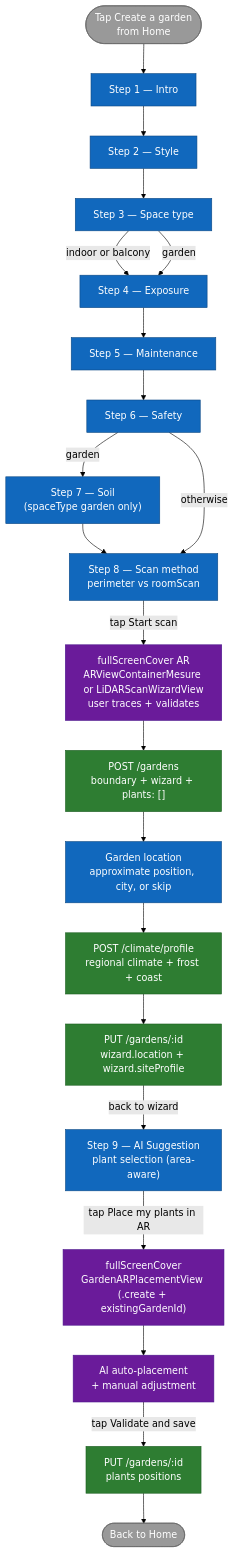
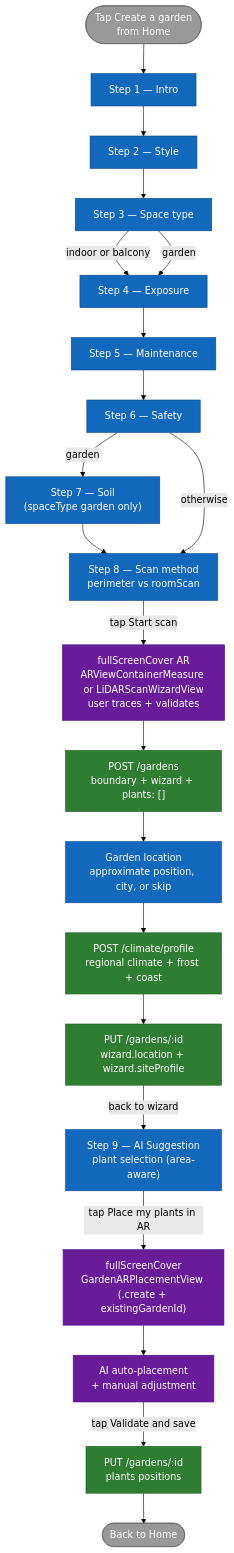
Before and after one commit to ArboreTeam/Arbore: the diagram in docs/en/flows/garden-creation.md, drawn with Mermaid (forest theme). The commit also changed other lines of this file and 13 other files, not shown here.

````diff
--- a/docs/en/flows/garden-creation.md
+++ b/docs/en/flows/garden-creation.md
@@ -13,52 +13,52 @@
 ```mermaid
 flowchart TB
     start_node([Tap Create a garden<br/>from Home])
 
     intro["Step 1 — Intro"]
     style_step["Step 2 — Style"]
     spaceType["Step 3 — Space type"]
     exposure["Step 4 — Exposure"]
     maintenance["Step 5 — Maintenance"]
     safety["Step 6 — Safety"]
     soil["Step 7 — Soil<br/>(spaceType garden only)"]
     scan["Step 8 — Scan method<br/>perimeter vs roomScan"]
 
-    trace_ar["fullScreenCover AR<br/>ARViewContainerMesure or LiDARScanWizardView<br/>user traces + validates"]
+    trace_ar["fullScreenCover AR<br/>ARViewContainerMeasure or LiDARScanWizardView<br/>user traces + validates"]
     post_garden["POST /gardens<br/>boundary + wizard + plants: []"]
     location["Garden location<br/>approximate position, city, or skip"]
     climate["POST /climate/profile<br/>regional climate + frost + coast"]
     update_garden["PUT /gardens/:id<br/>wizard.location + wizard.siteProfile"]
     ai["Step 9 — AI Suggestion<br/>plant selection (area-aware)"]
     placement["fullScreenCover<br/>GardenARPlacementView (.create + existingGardenId)"]
     auto_place["AI auto-placement<br/>+ manual adjustment"]
     put_garden["PUT /gardens/:id<br/>plants positions"]
 
     home([Back to Home])
 
     start_node --> intro --> style_step --> spaceType
     spaceType -->|indoor or balcony| exposure
     spaceType -->|garden| exposure
     exposure --> maintenance --> safety
     safety -->|garden| soil --> scan
     safety -->|otherwise| scan
 
     scan -->|tap Start scan| trace_ar
     trace_ar --> post_garden
     post_garden --> location
     location --> climate
     climate --> update_garden
     update_garden -->|back to wizard| ai
     ai -->|tap Place my plants in AR| placement
     placement --> auto_place
     auto_place -->|tap Validate and save| put_garden
     put_garden --> home
 
     classDef step  fill:#1168BD,stroke:#0B4884,color:#fff
     classDef cond  fill:#2E7D32,stroke:#1B5E20,color:#fff
     classDef ar    fill:#6A1B9A,stroke:#4A148C,color:#fff
     classDef io    fill:#999,stroke:#666,color:#fff
     class intro,style_step,spaceType,exposure,maintenance,safety,soil,scan,location,ai step
     class post_garden,climate,update_garden,put_garden cond
     class trace_ar,placement,auto_place ar
     class start_node,home io
 ```
````
